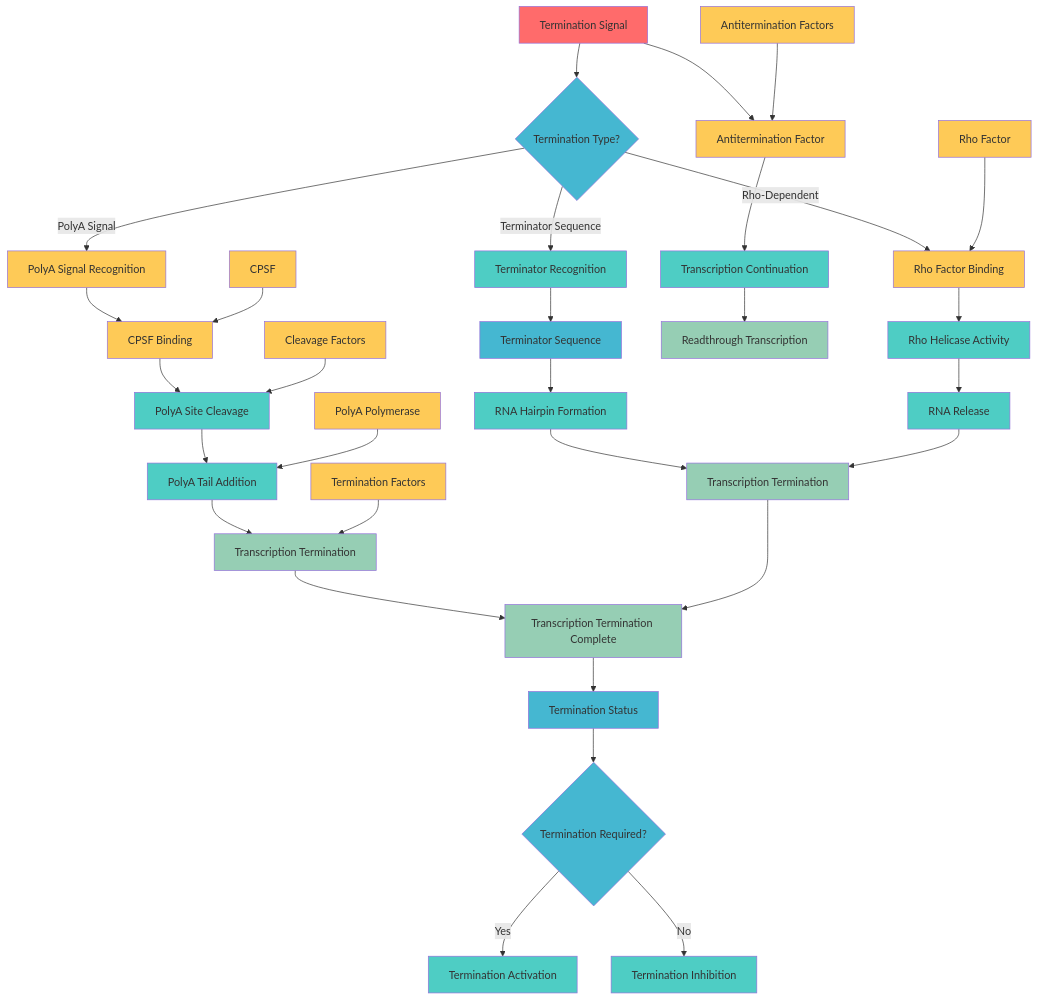
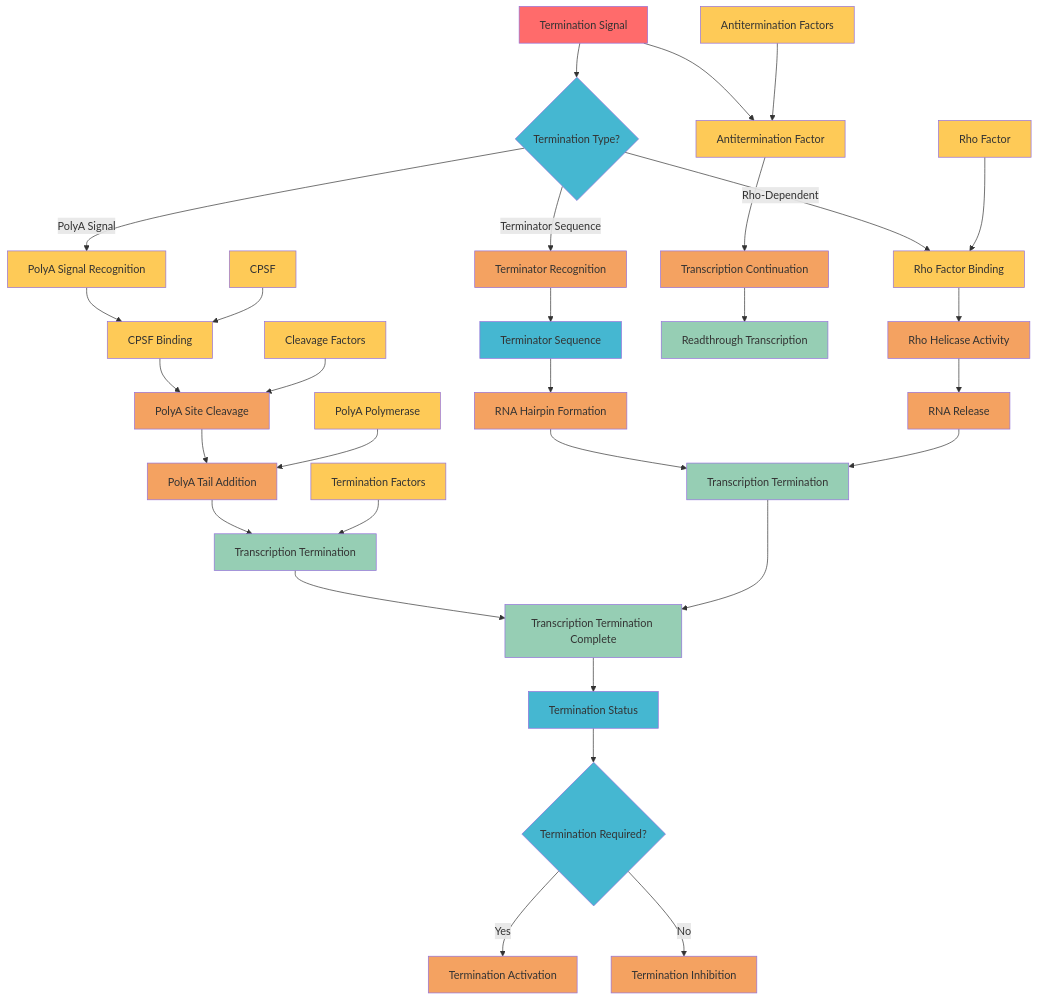
The diagram in docs/paper/community/contributions/new_charts/batch8_05_transcription_termination.mmd (garywelz/glmp), drawn with Mermaid before and after one commit. The commit also changed 252 other files, not shown here.

Commit message:
Palette migration: replace teal with orange for catalysts across Mermaid HTML/MMD; update legends, strokes, and narrative text; unify emojis and theme variables

```diff
--- a/docs/paper/community/contributions/new_charts/batch8_05_transcription_termination.mmd
+++ b/docs/paper/community/contributions/new_charts/batch8_05_transcription_termination.mmd
@@ -1,70 +1,70 @@
 graph TD
     A[Termination Signal] --> B{Termination Type?}
     B -->|PolyA Signal| C[PolyA Signal Recognition]
     B -->|Terminator Sequence| D[Terminator Recognition]
     B -->|Rho-Dependent| E[Rho Factor Binding]
     
     C --> F[CPSF Binding]
     F --> G[PolyA Site Cleavage]
     G --> H[PolyA Tail Addition]
     H --> I[Transcription Termination]
     
     D --> J[Terminator Sequence]
     J --> K[RNA Hairpin Formation]
     K --> L[Transcription Termination]
     
     E --> M[Rho Helicase Activity]
     M --> N[RNA Release]
     N --> L
     
     I --> O[Transcription Termination Complete]
     L --> O
     
     %% Alternative pathway
     A --> P[Antitermination Factor]
     P --> Q[Transcription Continuation]
     Q --> R[Readthrough Transcription]
     
     %% Regulation
     O --> S[Termination Status]
     S --> T{Termination Required?}
     T -->|Yes| U[Termination Activation]
     T -->|No| V[Termination Inhibition]
     
     %% Key proteins
     W[CPSF] --> F
     X[PolyA Polymerase] --> H
     Y[Rho Factor] --> E
     Z[Antitermination Factors] --> P
     AA[Termination Factors] --> I
     BB[Cleavage Factors] --> G
     
     %% Styling
     style A fill:#ff6b6b
     style B fill:#45b7d1
     style C fill:#feca57
-    style D fill:#4ecdc4
+    style D fill:#f4a261
     style E fill:#feca57
     style F fill:#feca57
-    style G fill:#4ecdc4
-    style H fill:#4ecdc4
+    style G fill:#f4a261
+    style H fill:#f4a261
     style I fill:#96ceb4
     style J fill:#45b7d1
-    style K fill:#4ecdc4
+    style K fill:#f4a261
     style L fill:#96ceb4
-    style M fill:#4ecdc4
-    style N fill:#4ecdc4
+    style M fill:#f4a261
+    style N fill:#f4a261
     style O fill:#96ceb4
     style P fill:#feca57
-    style Q fill:#4ecdc4
+    style Q fill:#f4a261
     style R fill:#96ceb4
     style S fill:#45b7d1
     style T fill:#45b7d1
-    style U fill:#4ecdc4
-    style V fill:#4ecdc4
+    style U fill:#f4a261
+    style V fill:#f4a261
     style W fill:#feca57
     style X fill:#feca57
     style Y fill:#feca57
     style Z fill:#feca57
     style AA fill:#feca57
     style BB fill:#feca57
```
